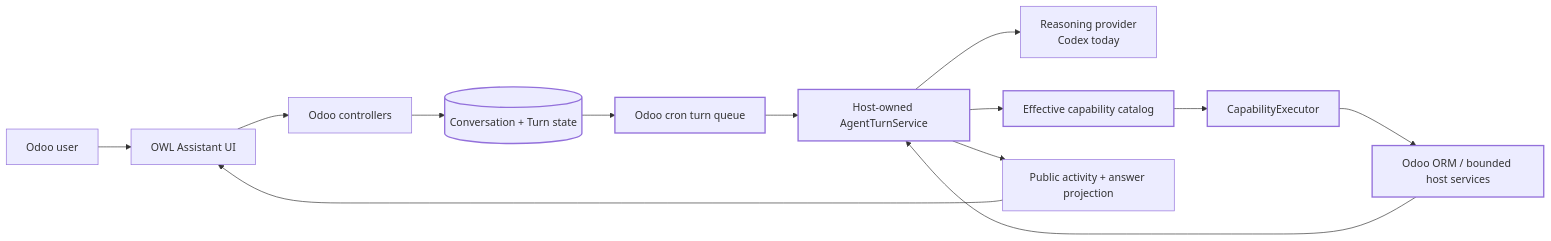
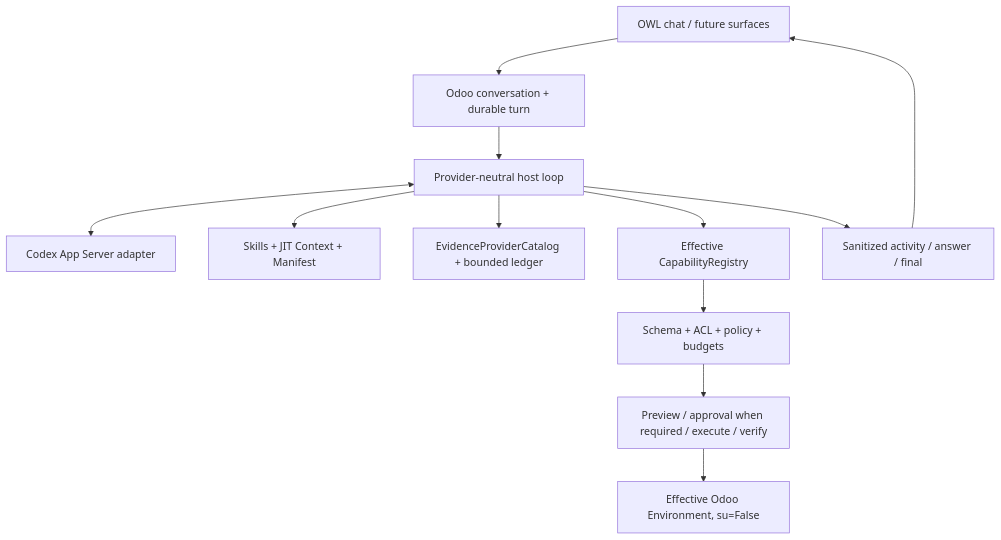
The diagram in README.md (CPX-001/ai-odoo-assistant), drawn with Mermaid before and after one commit. The commit also changed other lines of this file, not shown here.

````diff
--- a/README.md
+++ b/README.md
@@ -13,18 +51,14 @@
 ```mermaid
-flowchart LR
-    U[Odoo user] --> UI[OWL Assistant UI]
-    UI --> C[Odoo controllers]
-    C --> T[(Conversation + Turn state)]
-    T --> Q[Odoo cron turn queue]
-    Q --> H[Host-owned AgentTurnService]
-    H --> R[Reasoning provider<br/>Codex today]
-    H --> K[Effective capability catalog]
-    K --> E[CapabilityExecutor]
-    E --> O[Odoo ORM / bounded host services]
-    O --> H
-    H --> P[Public activity + answer projection]
-    P --> UI
-
-    classDef authority stroke-width:2px;
-    class O,T,Q,H,K,E authority;
+flowchart TB
+    UI[OWL chat / future surfaces] --> TURN[Odoo conversation + durable turn]
+    TURN --> HOST[Provider-neutral host loop]
+    HOST <--> MODEL[Codex App Server adapter]
+    HOST --> EXT[Skills + JIT Context + Manifest]
+    HOST --> EVIDENCE[EvidenceProviderCatalog + bounded ledger]
+    HOST --> CAPS[Effective CapabilityRegistry]
+    CAPS --> POLICY[Schema + ACL + policy + budgets]
+    POLICY --> EFFECT[Preview / approval when required / execute / verify]
+    EFFECT --> ORM[Effective Odoo Environment, su=False]
+    HOST --> PUBLIC[Sanitized activity / answer / final]
+    PUBLIC --> UI
 ```
````
